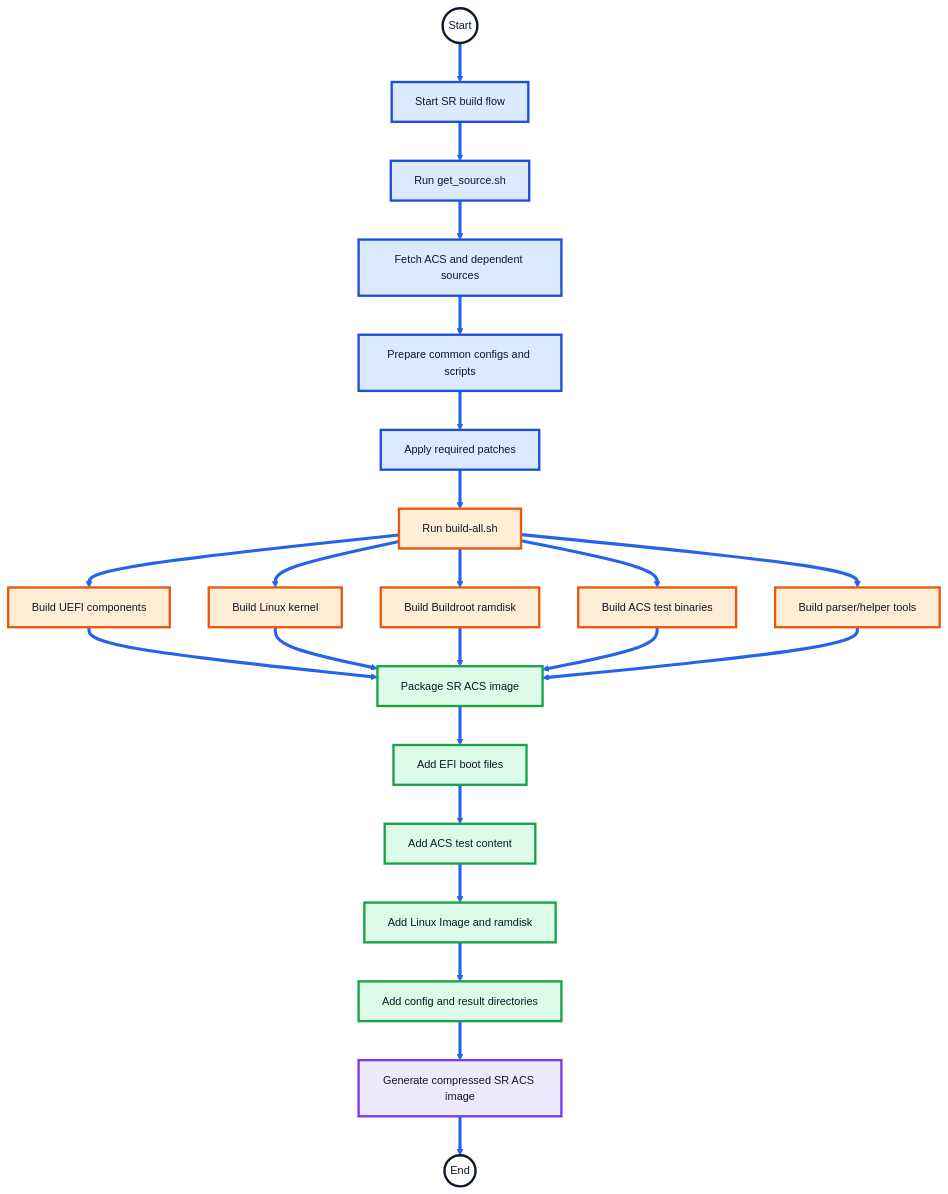
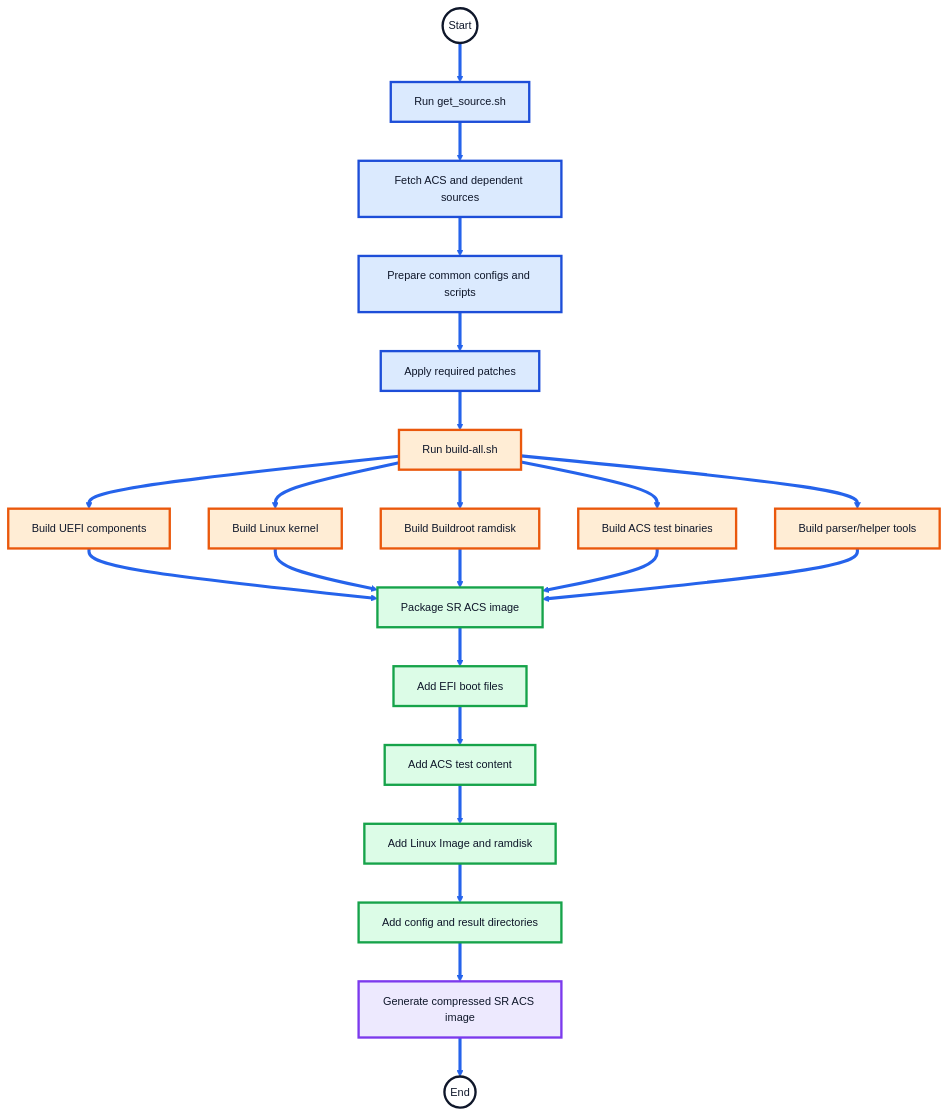
The diagram in docs/sr_flow.md (manjunath3divakar/arm-systemready), drawn with Mermaid before and after one commit. The commit also changed other lines of this file, not shown here.

First line of the commit message:
Improve documentation for SystemReady Band ACS flow

````diff
--- a/docs/sr_flow.md
+++ b/docs/sr_flow.md
@@ -51,55 +53,54 @@
 ```mermaid
 %%{init: {
   "theme": "base",
   "themeVariables": {
     "fontFamily": "Arial",
     "fontSize": "14px",
     "primaryBorderColor": "#0f172a",
     "lineColor": "#2563eb",
     "tertiaryColor": "#ffffff"
   }
 }}%%
 
 flowchart TD
 
     linkStyle default stroke:#2563eb,stroke-width:4px;
 
-    Start((Start)) --> A["Start SR build flow"]
-    A --> B["Run get_source.sh"]
+    Start((Start)) --> B["Run get_source.sh"]
     B --> C["Fetch ACS and dependent sources"]
     C --> D["Prepare common configs and scripts"]
     D --> E["Apply required patches"]
 
     E --> F["Run build-all.sh"]
 
     F --> G1["Build UEFI components"]
     F --> G2["Build Linux kernel"]
     F --> G3["Build Buildroot ramdisk"]
     F --> G4["Build ACS test binaries"]
     F --> G5["Build parser/helper tools"]
 
     G1 --> H["Package SR ACS image"]
     G2 --> H
     G3 --> H
     G4 --> H
     G5 --> H
 
     H --> I["Add EFI boot files"]
     I --> J["Add ACS test content"]
     J --> K["Add Linux Image and ramdisk"]
     K --> L["Add config and result directories"]
     L --> M["Generate compressed SR ACS image"]
     M --> End((End))
 
     classDef startEnd fill:#ffffff,stroke:#0f172a,stroke-width:3px,color:#0f172a;
     classDef source fill:#dbeafe,stroke:#1d4ed8,stroke-width:3px,color:#0f172a;
     classDef build fill:#ffedd5,stroke:#ea580c,stroke-width:3px,color:#0f172a;
     classDef package fill:#dcfce7,stroke:#16a34a,stroke-width:3px,color:#0f172a;
     classDef output fill:#ede9fe,stroke:#7c3aed,stroke-width:3px,color:#0f172a;
 
     class Start,End startEnd;
-    class A,B,C,D,E source;
+    class B,C,D,E source;
     class F,G1,G2,G3,G4,G5 build;
     class H,I,J,K,L package;
     class M output;
 ```
````
